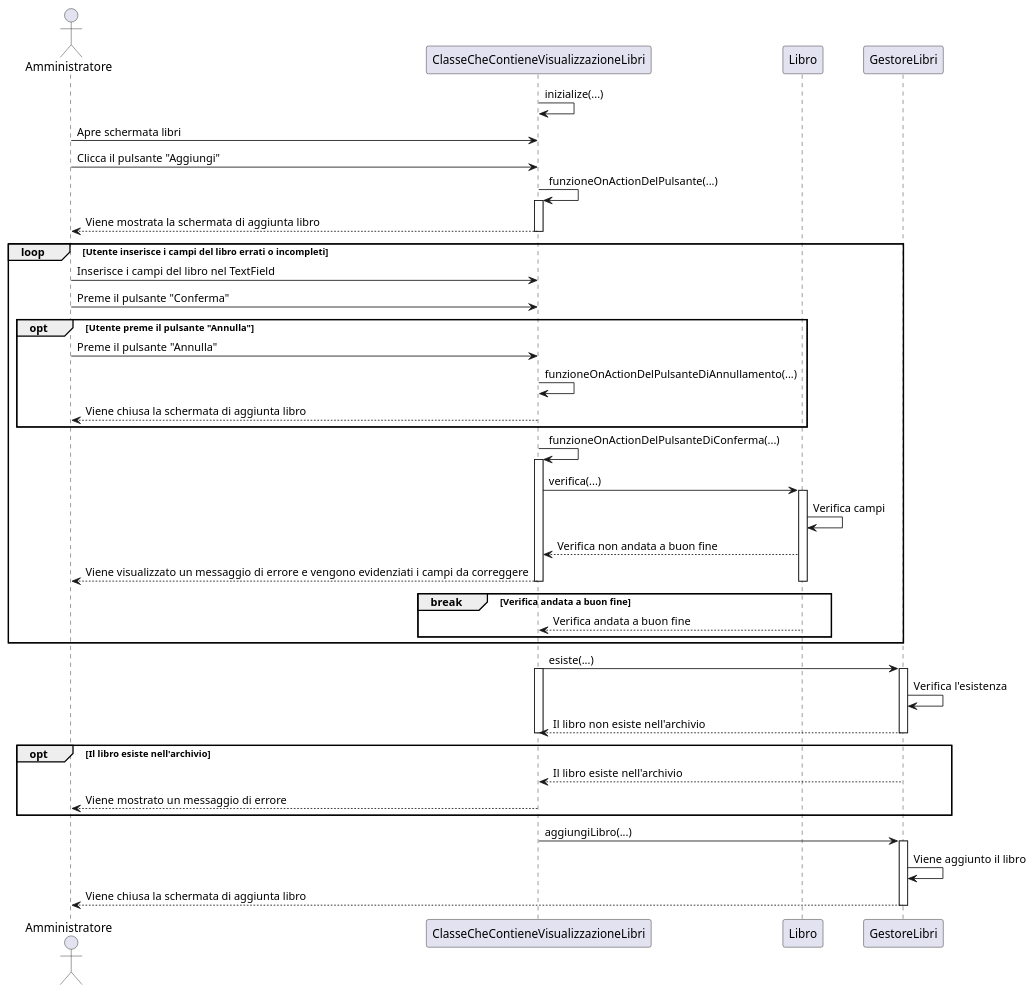
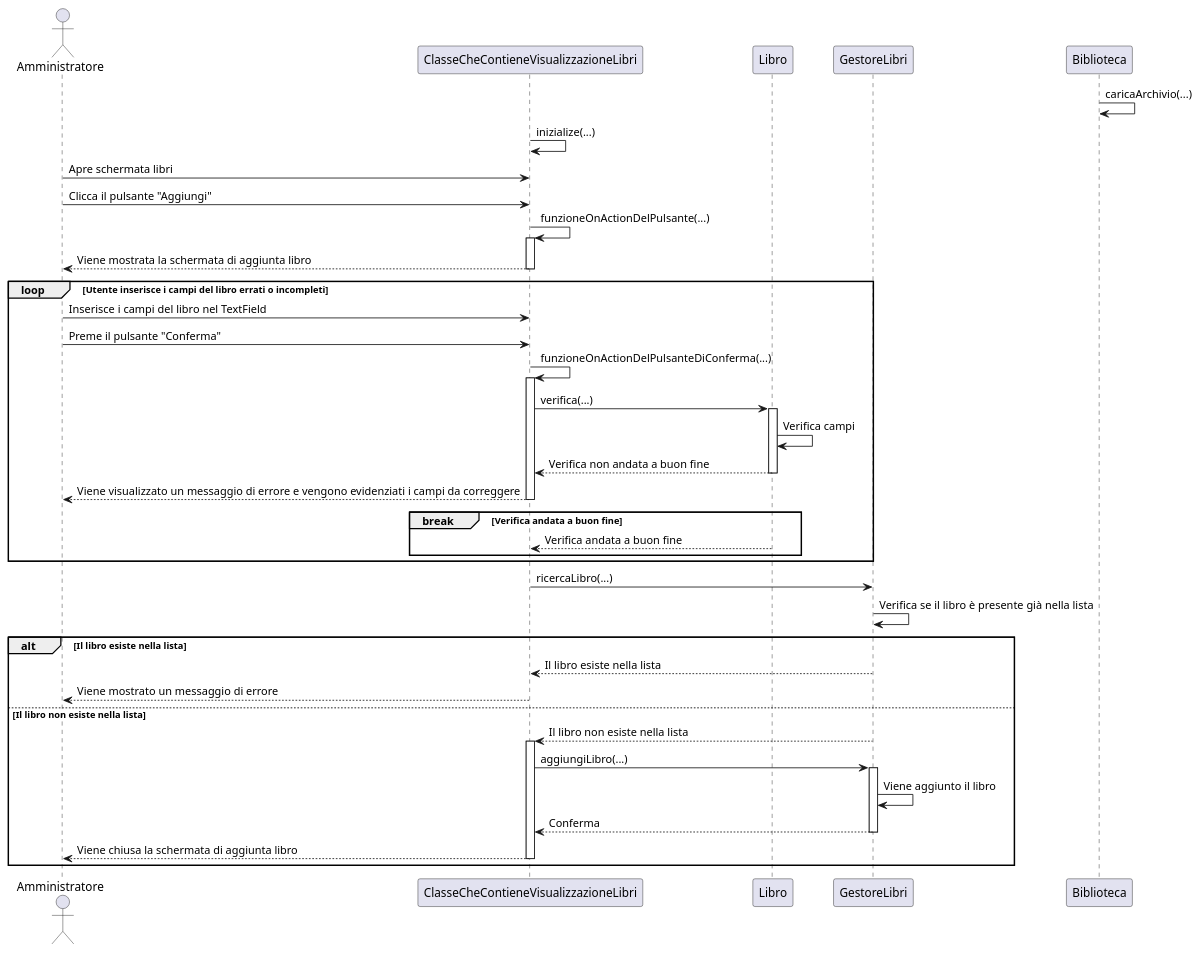
One commit to TitanVoid/ProgSE-Biblioteca changed the diagram in documents/DiagrammiUML/DiagrammiDiSequenza/diagrammaAggiuntaLibro.puml. Above: the diagram before and after it, drawn with PlantUML. The commit also changed 6 other files, not shown here.

Commit message:
Aggiornamento bozze .puml diagrammi di sequenza

```diff
--- a/documents/DiagrammiUML/DiagrammiDiSequenza/diagrammaAggiuntaLibro.puml
+++ b/documents/DiagrammiUML/DiagrammiDiSequenza/diagrammaAggiuntaLibro.puml
@@ -1,65 +1,60 @@
 @startuml
+	actor Amministratore as a
+	participant ClasseCheContieneVisualizzazioneLibri as cvl
+	participant Libro as l
+	participant GestoreLibri as gl
+	participant Biblioteca as b
 
-actor Amministratore as a
-participant ClasseCheContieneVisualizzazioneLibri as cvl
-participant Libro as l
-participant GestoreLibri as gl
+	b->b: caricaArchivio(...)
+	cvl->cvl: inizialize(...)
+	a->cvl: Apre schermata libri
+	a->cvl: Clicca il pulsante "Aggiungi"
 
-cvl->cvl: inizialize(...)
-a->cvl: Apre schermata libri
-a->cvl: Clicca il pulsante "Aggiungi"
+	cvl->cvl: funzioneOnActionDelPulsante(...)
+	activate cvl
+		cvl --> "a": Viene mostrata la schermata di aggiunta libro
+	deactivate cvl
 
-cvl->cvl: funzioneOnActionDelPulsante(...)
-activate cvl
-cvl --> "a": Viene mostrata la schermata di aggiunta libro
-deactivate cvl
+	'Flusso alternativo
+	loop Utente inserisce i campi del libro errati o incompleti
+		a->cvl: Inserisce i campi del libro nel TextField
+		a->cvl: Preme il pulsante "Conferma"
+		cvl->cvl: funzioneOnActionDelPulsanteDiConferma(...)
+		activate cvl
+			cvl-> l: verifica(...)
+			activate l
+				l -> l: Verifica campi
+				l --> cvl: Verifica non andata a buon fine
+				deactivate l
+				cvl-->a: Viene visualizzato un messaggio di errore e vengono evidenziati i campi da correggere
+			deactivate cvl
+		
+		'Condizione di uscita dal loop
+		break Verifica andata a buon fine
+			l --> cvl: Verifica andata a buon fine
+		end
+	end
 
-loop Utente inserisce i campi del libro errati o incompleti
-a->cvl: Inserisce i campi del libro nel TextField
-a->cvl: Preme il pulsante "Conferma"
+	cvl -> gl: ricercaLibro(...)
+		 
+			gl -> gl: Verifica se il libro è presente già nella lista
+		
 
-opt Utente preme il pulsante "Annulla"
-a->cvl: Preme il pulsante "Annulla"
-cvl->cvl: funzioneOnActionDelPulsanteDiAnnullamento(...)
-cvl-->a: Viene chiusa la schermata di aggiunta libro
-end
-
-cvl->cvl: funzioneOnActionDelPulsanteDiConferma(...)
-activate cvl
-cvl-> l: verifica(...)
-activate l
-l -> l: Verifica campi
-l --> cvl: Verifica non andata a buon fine
-cvl-->a: Viene visualizzato un messaggio di errore e vengono evidenziati i campi da correggere
-deactivate cvl
-deactivate l
-break Verifica andata a buon fine
-	l --> cvl: Verifica andata a buon fine
-end
- 
-end
-
-
-
-
-
-cvl -> gl: esiste(...)
-activate cvl
-activate gl
-gl -> gl: Verifica l'esistenza
-gl --> cvl: Il libro non esiste nell'archivio
-deactivate cvl
-deactivate gl
-
-opt Il libro esiste nell'archivio
-gl-->cvl: Il libro esiste nell'archivio
-cvl-->a: Viene mostrato un messaggio di errore
-end
-
-cvl->gl: aggiungiLibro(...)
-activate gl
-gl->gl: Viene aggiunto il libro
-gl --> a: Viene chiusa la schermata di aggiunta libro
-deactivate gl
+	'Non è possibile inserire due libri uguali quindi ne si verifica l'univocità
+	alt Il libro esiste nella lista		
+		gl-->cvl: Il libro esiste nella lista
+		cvl-->a: Viene mostrato un messaggio di errore	
+	else Il libro non esiste nella lista
+		gl --> cvl: Il libro non esiste nella lista
+		activate cvl
+			cvl->gl: aggiungiLibro(...)
+			activate gl
+				gl->gl: Viene aggiunto il libro
+				gl --> cvl: Conferma
+				deactivate gl
+				cvl-->a: Viene chiusa la schermata di aggiunta libro
+		deactivate cvl
+		
+	end
 
 @enduml
```
